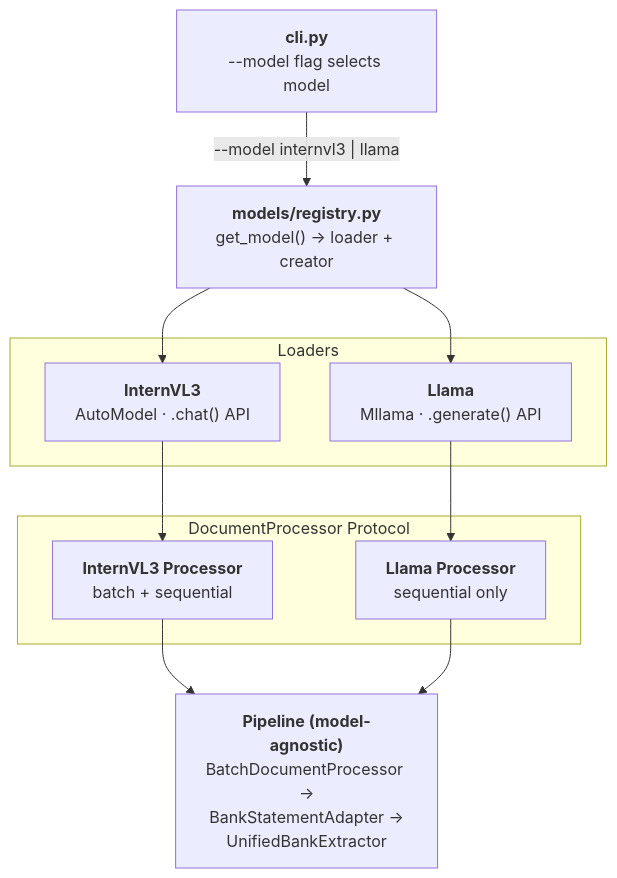
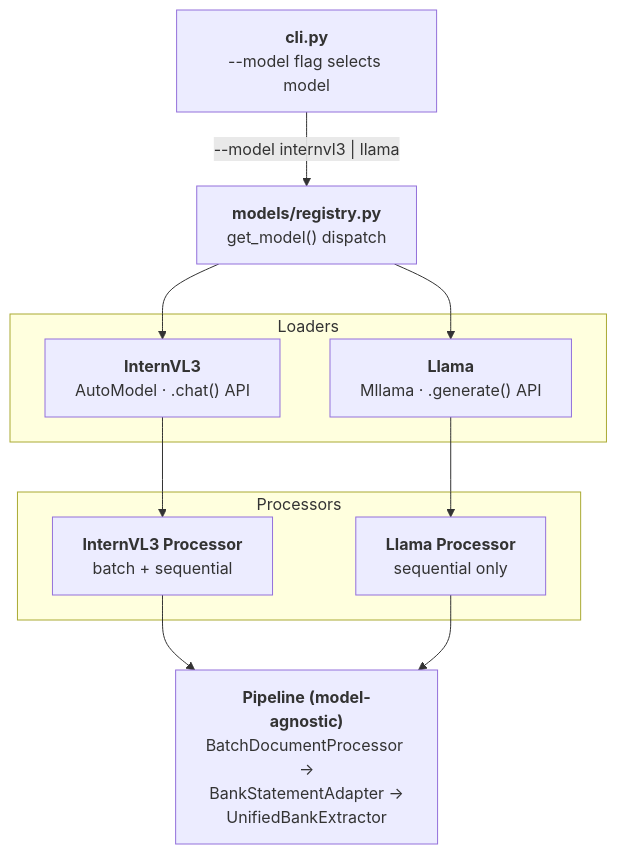
One commit to tmnestor/LMM_POC changed the first of 4 diagrams in README.md. Above: the diagram before and after it, drawn with Mermaid.

Commit message:
fix: Update README to clarify model registry dispatch in architecture diagram

````diff
--- a/README.md
+++ b/README.md
@@ -16,28 +16,28 @@
 ```mermaid
 graph TD
     CLI["<b>cli.py</b><br/>--model flag selects model"]
-    REG["<b>models/registry.py</b><br/>get_model() → loader + creator"]
+    REG["<b>models/registry.py</b><br/>get_model() dispatch"]
 
     CLI -->|"--model internvl3 | llama"| REG
 
     subgraph Loaders
         IVL_LOAD["<b>InternVL3</b><br/>AutoModel · .chat() API"]
         LLAMA_LOAD["<b>Llama</b><br/>Mllama · .generate() API"]
     end
 
     REG --> IVL_LOAD
     REG --> LLAMA_LOAD
 
-    subgraph DocumentProcessor Protocol
+    subgraph Processors
         IVL_PROC["<b>InternVL3 Processor</b><br/>batch + sequential"]
         LLAMA_PROC["<b>Llama Processor</b><br/>sequential only"]
     end
 
     IVL_LOAD --> IVL_PROC
     LLAMA_LOAD --> LLAMA_PROC
 
     PIPELINE["<b>Pipeline (model-agnostic)</b><br/>BatchDocumentProcessor →<br/>BankStatementAdapter →<br/>UnifiedBankExtractor"]
 
     IVL_PROC --> PIPELINE
     LLAMA_PROC --> PIPELINE
 ```
````
